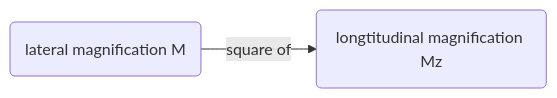
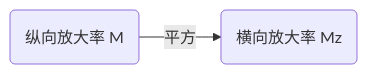
Before and after one commit to zququ/zququ.github.io: the eighth of 8 diagrams in _posts/2022-04-04-electron-optics.md, drawn with Mermaid. The commit also changed other lines of this file, not shown here.

````diff
--- a/_posts/2022-04-04-electron-optics.md
+++ b/_posts/2022-04-04-electron-optics.md
@@ -364,4 +362,4 @@
 ```mermaid!
 graph LR
-	A(lateral magnification M) --> |square of |B(longtitudinal magnification Mz)
+	A(纵向放大率 M) --> |平方|B(横向放大率 Mz)
 ```
````
